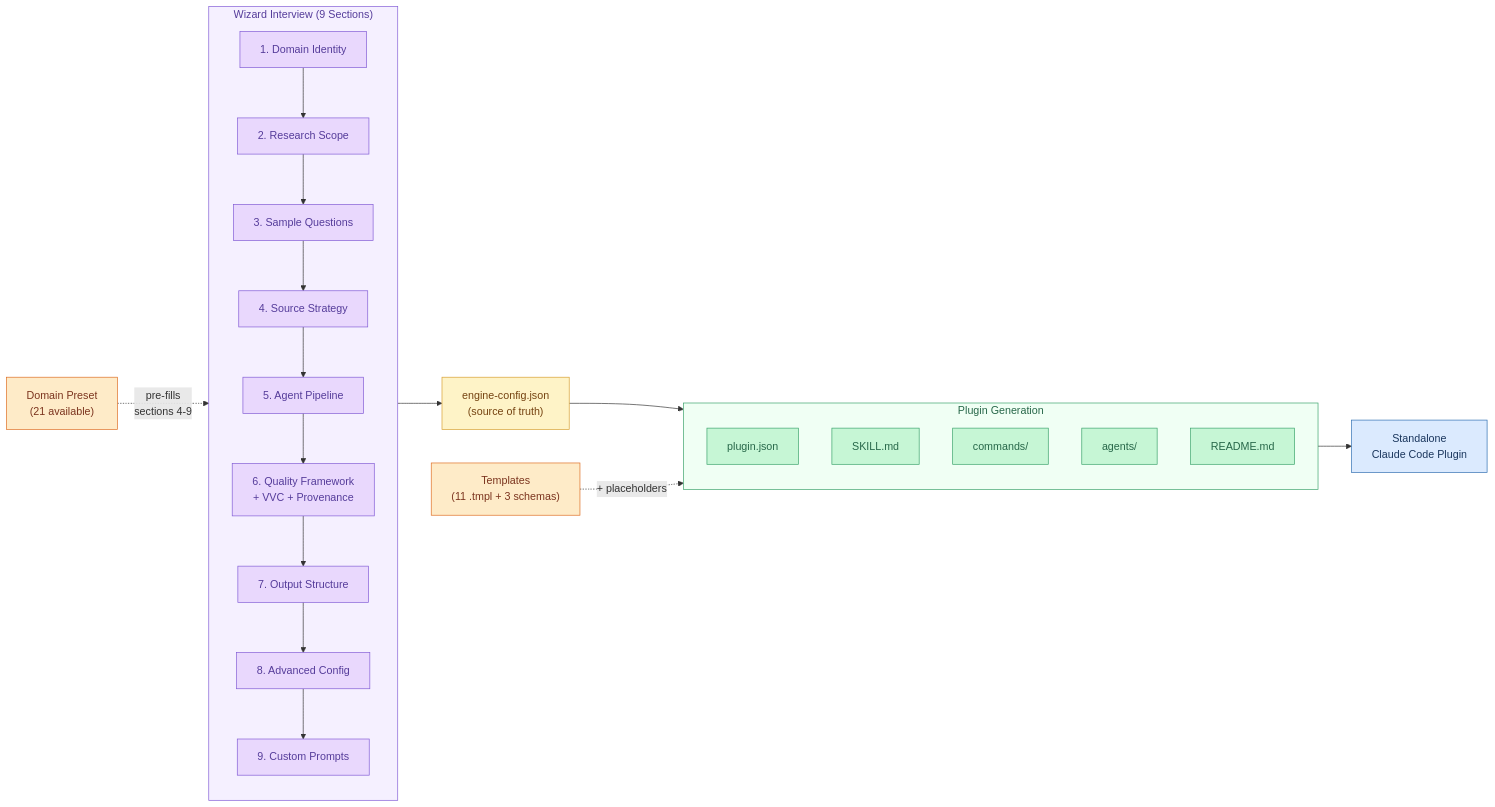
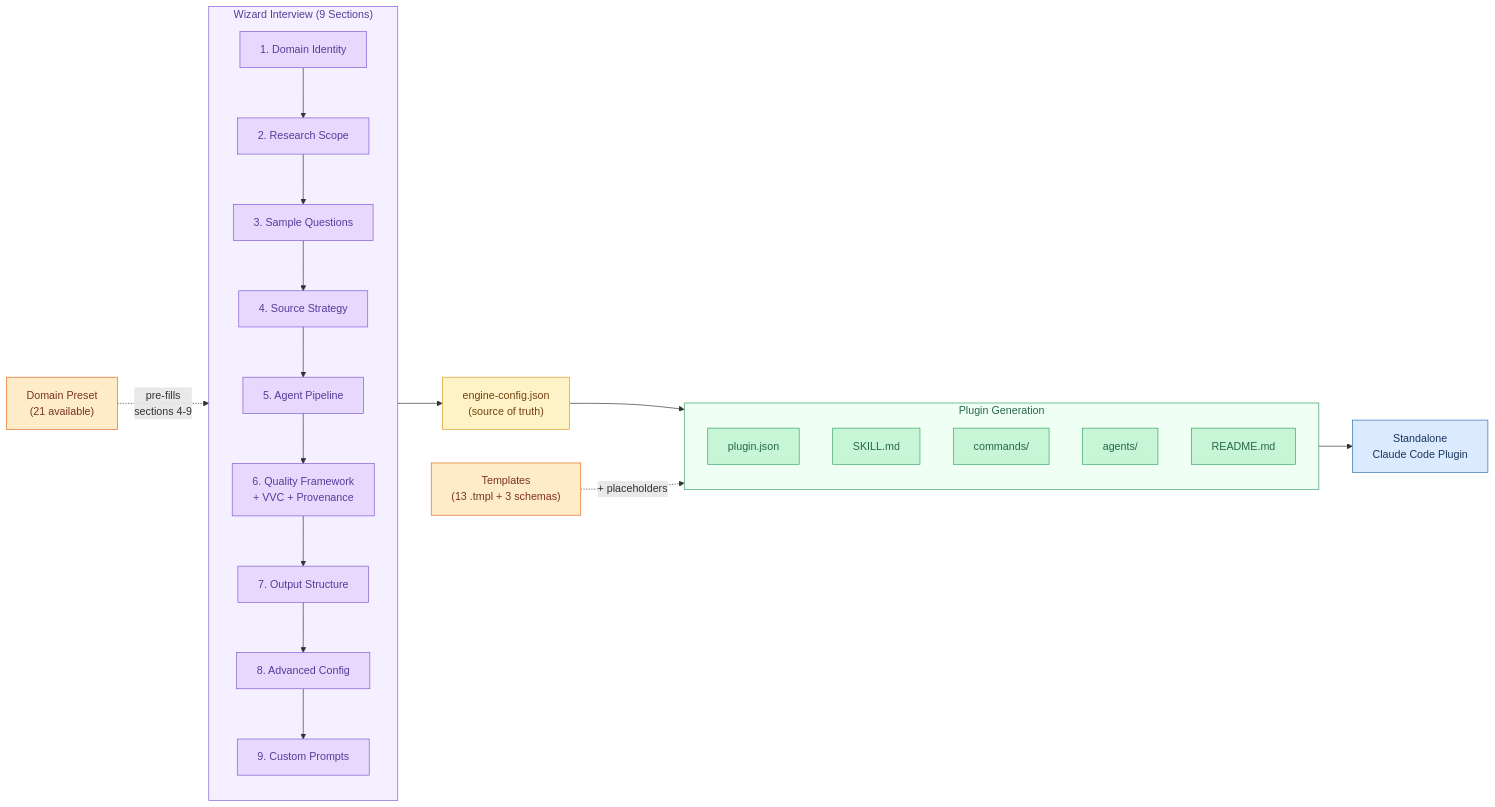
One commit to reggiechan74/deep-research-engine-creator changed the first of 2 diagrams in README.md. Above: the diagram before and after it, drawn with Mermaid. The commit also changed other lines of this file and 1 other file, not shown here.

````diff
--- a/README.md
+++ b/README.md
@@ -301,52 +305,52 @@
 ```mermaid
 flowchart LR
     subgraph WIZARD["Wizard Interview (9 Sections)"]
         direction TB
         S1["1. Domain Identity"]
         S2["2. Research Scope"]
         S3["3. Sample Questions"]
         S4["4. Source Strategy"]
         S5["5. Agent Pipeline"]
         S6["6. Quality Framework<br/>+ VVC + Provenance"]
         S7["7. Output Structure"]
         S8["8. Advanced Config"]
         S9["9. Custom Prompts"]
         S1 --> S2 --> S3 --> S4 --> S5 --> S6 --> S7 --> S8 --> S9
     end
 
     PRESET["Domain Preset<br/>(21 available)"]
     CONFIG["engine-config.json<br/>(source of truth)"]
 
     subgraph GEN["Plugin Generation"]
         direction TB
         G1["plugin.json"]
         G2["SKILL.md"]
         G3["commands/"]
         G4["agents/"]
         G5["README.md"]
     end
 
-    TEMPLATES["Templates<br/>(11 .tmpl + 3 schemas)"]
+    TEMPLATES["Templates<br/>(13 .tmpl + 3 schemas)"]
     ENGINE["Standalone<br/>Claude Code Plugin"]
 
     PRESET -.->|"pre-fills<br/>sections 4-9"| WIZARD
     WIZARD --> CONFIG
     CONFIG --> GEN
     TEMPLATES -.->|"+ placeholders"| GEN
     GEN --> ENGINE
 
     classDef wizard fill:#e9d8fd,stroke:#805ad5,color:#553c9a
     classDef config fill:#fef3c7,stroke:#d69e2e,color:#744210
     classDef gen fill:#c6f6d5,stroke:#38a169,color:#276749
     classDef output fill:#dbeafe,stroke:#2b6cb0,color:#1a365d
     classDef preset fill:#feebc8,stroke:#dd6b20,color:#7b341e
 
     class S1,S2,S3,S4,S5,S6,S7,S8,S9 wizard
     class CONFIG config
     class G1,G2,G3,G4,G5 gen
     class ENGINE output
     class PRESET,TEMPLATES preset
 
     style WIZARD fill:#f5f0ff,stroke:#805ad5,color:#553c9a
     style GEN fill:#f0fff4,stroke:#38a169,color:#276749
 ```
````
